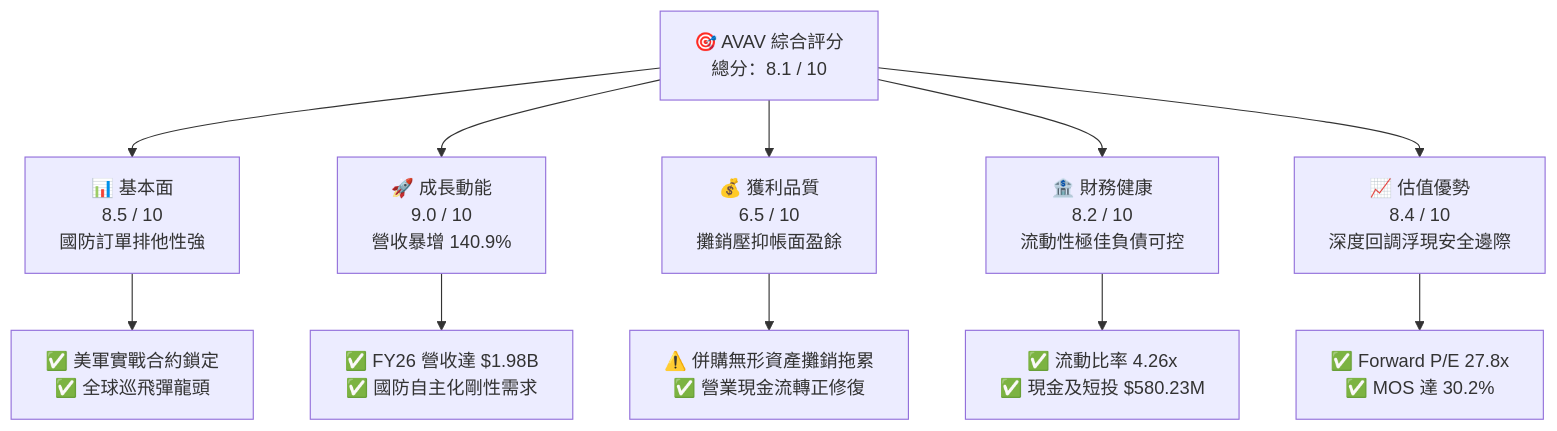
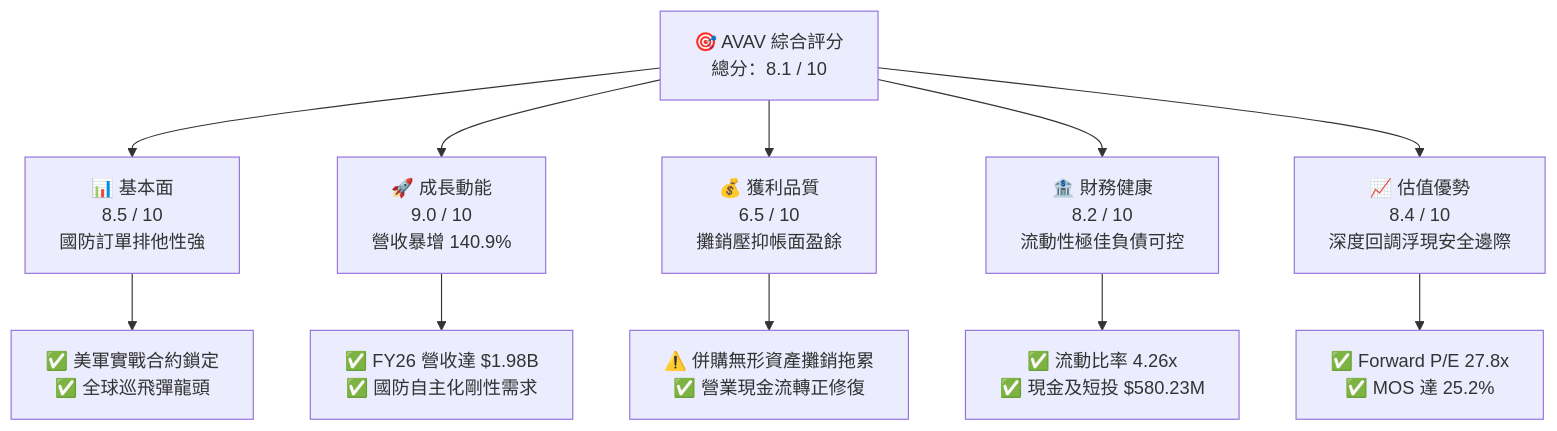
The first of 15 diagrams in ai_gen_report/fundamental/avav/fundamental_analysis_2026-10-15_gemini.md (yennanliu/finance_data), drawn with Mermaid before and after one commit. The commit also changed other lines of this file and 339 other files, not shown here.

````diff
--- a/ai_gen_report/fundamental/avav/fundamental_analysis_2026-10-15_gemini.md
+++ b/ai_gen_report/fundamental/avav/fundamental_analysis_2026-10-15_gemini.md
@@ -60,22 +67,22 @@
 ```mermaid
 graph TD
     TICKER["🎯 AVAV 綜合評分<br/>總分：8.1 / 10"]
 
     F["📊 基本面<br/>8.5 / 10<br/>國防訂單排他性強"]
     G["🚀 成長動能<br/>9.0 / 10<br/>營收暴增 140.9%"]
     P["💰 獲利品質<br/>6.5 / 10<br/>攤銷壓抑帳面盈餘"]
     B["🏦 財務健康<br/>8.2 / 10<br/>流動性極佳負債可控"]
     V["📈 估值優勢<br/>8.4 / 10<br/>深度回調浮現安全邊際"]
 
     TICKER --> F
     TICKER --> G
     TICKER --> P
     TICKER --> B
     TICKER --> V
 
     F --> F1["✅ 美軍實戰合約鎖定<br/>✅ 全球巡飛彈龍頭"]
     G --> G1["✅ FY26 營收達 $1.98B<br/>✅ 國防自主化剛性需求"]
     P --> P1["⚠️ 併購無形資產攤銷拖累<br/>✅ 營業現金流轉正修復"]
     B --> B1["✅ 流動比率 4.26x<br/>✅ 現金及短投 $580.23M"]
-    V --> V1["✅ Forward P/E 27.8x<br/>✅ MOS 達 30.2%"]
+    V --> V1["✅ Forward P/E 27.8x<br/>✅ MOS 達 25.2%"]
 ```
````
